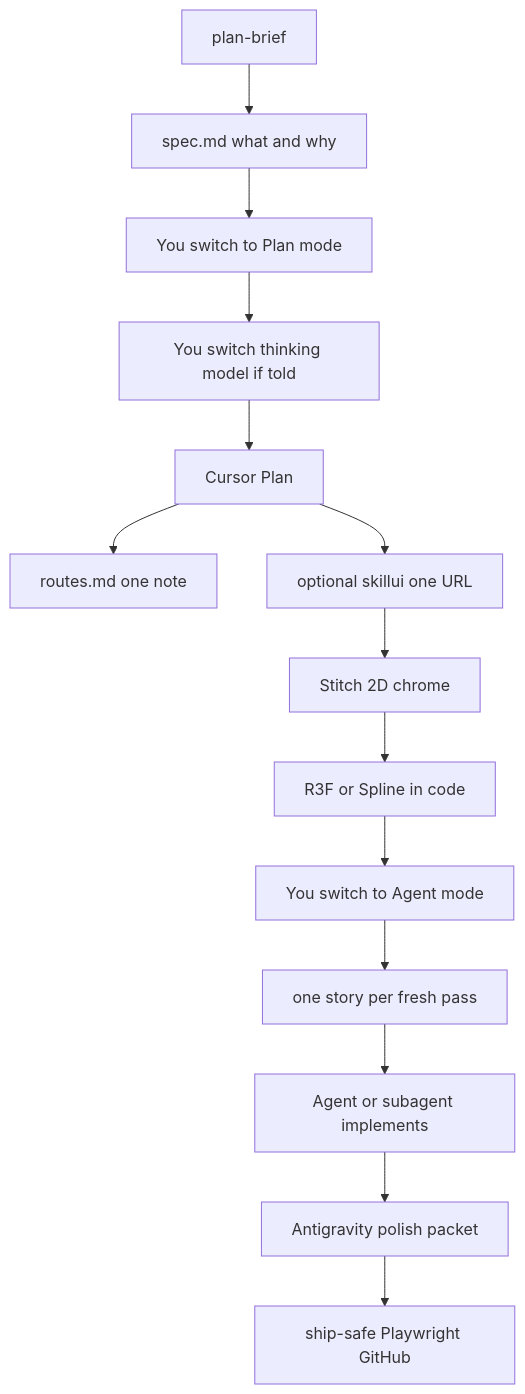
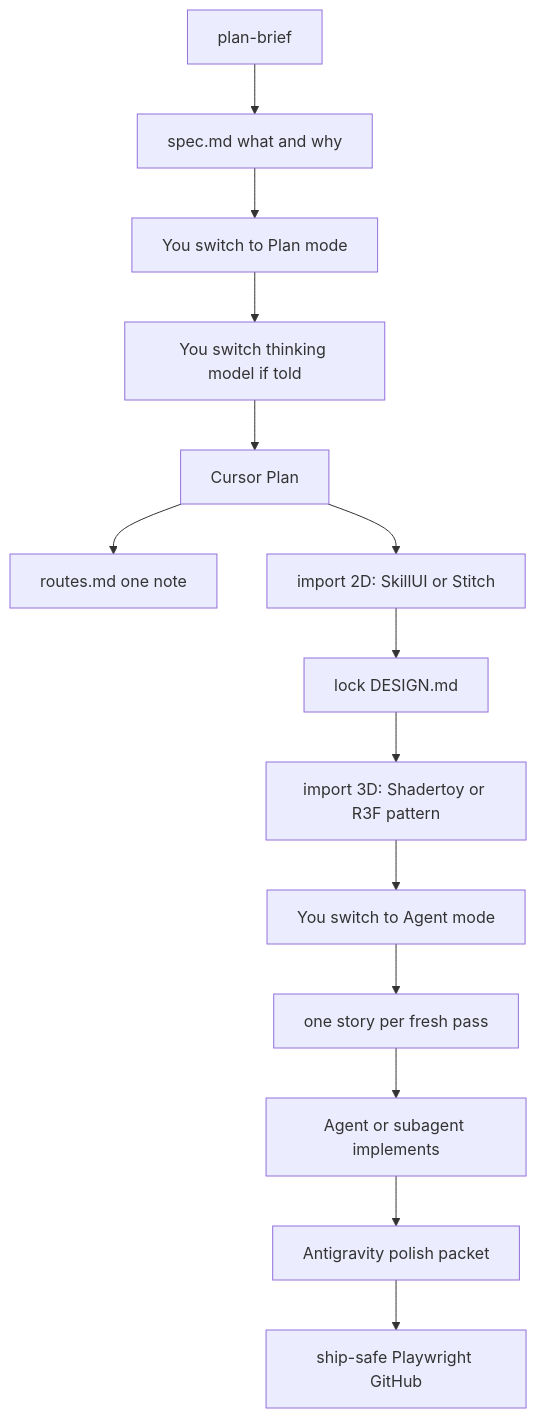
Before and after one commit to mahik504/orchestra-workflow: the diagram in WORKFLOW.md, drawn with Mermaid. The commit also changed other lines of this file and 14 other files, not shown here.

````diff
--- a/WORKFLOW.md
+++ b/WORKFLOW.md
@@ -11,19 +11,19 @@
 ```mermaid
 flowchart TD
   brief["plan-brief"]
   specFile["spec.md what and why"]
   modePlan["You switch to Plan mode"]
   modelPick["You switch thinking model if told"]
   planNode["Cursor Plan"]
   routes["routes.md one note"]
-  skillui["optional skillui one URL"]
-  stitch["Stitch 2D chrome"]
-  threeD["R3F or Spline in code"]
+  skillui["import 2D: SkillUI or Stitch"]
+  stitch["lock DESIGN.md"]
+  threeD["import 3D: Shadertoy or R3F pattern"]
   modeAgent["You switch to Agent mode"]
   story["one story per fresh pass"]
   agent["Agent or subagent implements"]
   anti["Antigravity polish packet"]
   ship["ship-safe Playwright GitHub"]
   brief --> specFile --> modePlan --> modelPick --> planNode --> routes
   planNode --> skillui --> stitch --> threeD --> modeAgent --> story --> agent --> anti --> ship
 ```
````
